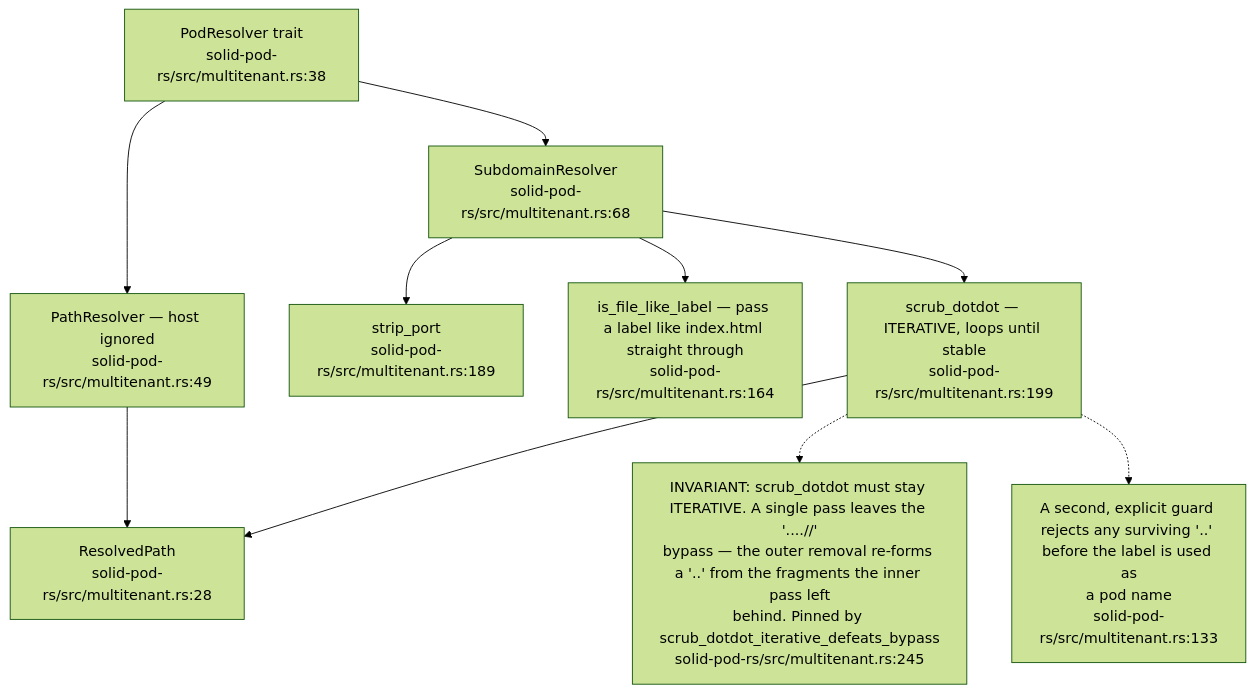
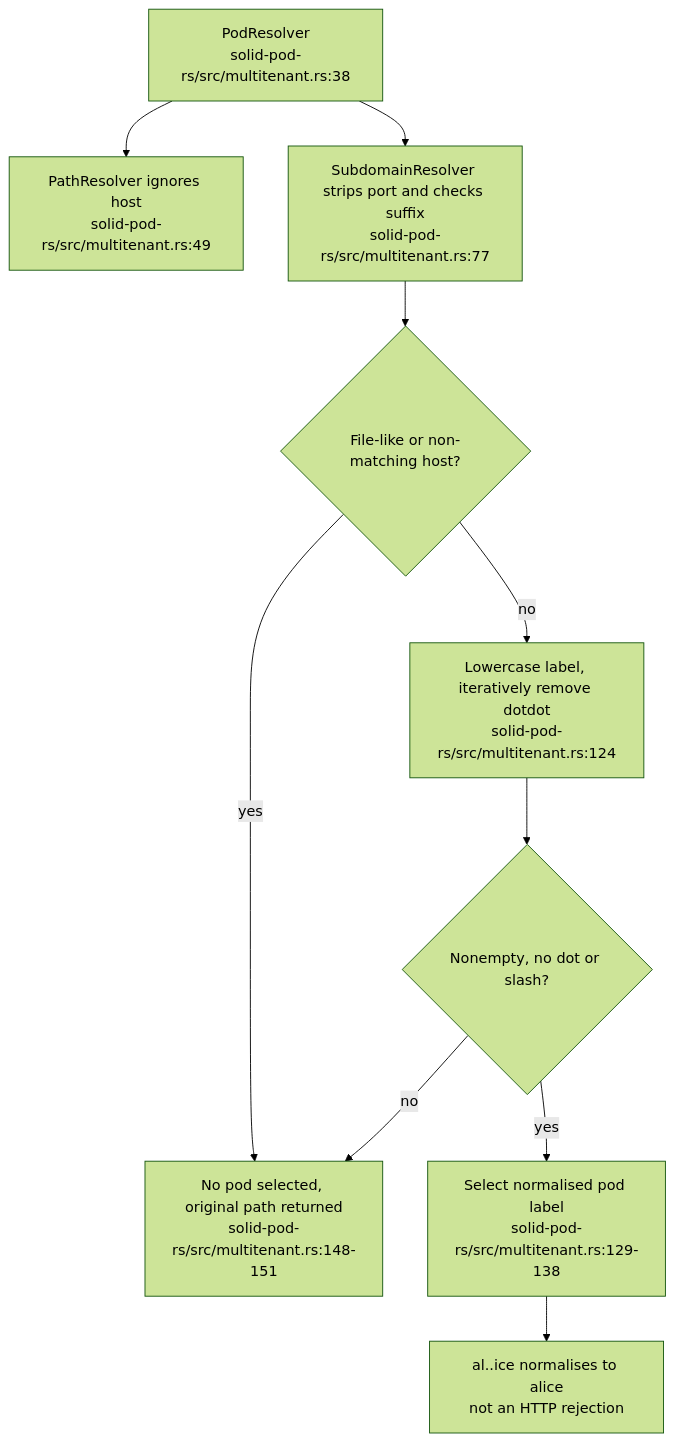
The sixth of 11 diagrams in docs/diagrams/solid-pod-rs/06-storage-quota-and-git-pods.md (DreamLab-AI/VisionFlow), drawn with Mermaid (forest theme) before and after one commit. The commit also changed other lines of this file and 29 other files, not shown here.

Commit message:
docs: audit Solid policy parsing and typed resolver adoption

````diff
--- a/docs/diagrams/solid-pod-rs/06-storage-quota-and-git-pods.md
+++ b/docs/diagrams/solid-pod-rs/06-storage-quota-and-git-pods.md
@@ -160,20 +160,12 @@
 ```mermaid
 flowchart TD
-    RES["PodResolver trait<br/>solid-pod-rs/src/multitenant.rs:38"]
-    PR["PathResolver — host ignored<br/>solid-pod-rs/src/multitenant.rs:49"]
-    SR["SubdomainResolver<br/>solid-pod-rs/src/multitenant.rs:68"]
-    SP["strip_port<br/>solid-pod-rs/src/multitenant.rs:189"]
-    FL["is_file_like_label — pass a label like index.html straight through<br/>solid-pod-rs/src/multitenant.rs:164"]
-    SD["scrub_dotdot — ITERATIVE, loops until stable<br/>solid-pod-rs/src/multitenant.rs:199"]
-    OUT["ResolvedPath<br/>solid-pod-rs/src/multitenant.rs:28"]
-
-    RES --> PR --> OUT
-    RES --> SR --> SP
-    SR --> FL
-    SR --> SD --> OUT
-
-    N["INVARIANT: scrub_dotdot must stay ITERATIVE. A single pass leaves the '....//'<br/>bypass — the outer removal re-forms a '..' from the fragments the inner pass left<br/>behind. Pinned by scrub_dotdot_iterative_defeats_bypass<br/>solid-pod-rs/src/multitenant.rs:245"]
-    SD -.-> N
-    N2["A second, explicit guard rejects any surviving '..' before the label is used as<br/>a pod name<br/>solid-pod-rs/src/multitenant.rs:133"]
-    SD -.-> N2
+    RES["PodResolver<br/>solid-pod-rs/src/multitenant.rs:38"] --> PR["PathResolver ignores host<br/>solid-pod-rs/src/multitenant.rs:49"]
+    RES --> SR["SubdomainResolver strips port and checks suffix<br/>solid-pod-rs/src/multitenant.rs:77"]
+    SR --> FILE{"File-like or non-matching host?"}
+    FILE -->|yes| ROOT["No pod selected, original path returned<br/>solid-pod-rs/src/multitenant.rs:148-151"]
+    FILE -->|no| SCRUB["Lowercase label, iteratively remove dotdot<br/>solid-pod-rs/src/multitenant.rs:124"]
+    SCRUB --> CHECK{"Nonempty, no dot or slash?"}
+    CHECK -->|yes| POD["Select normalised pod label<br/>solid-pod-rs/src/multitenant.rs:129-138"]
+    CHECK -->|no| ROOT
+    POD --> NOTE["al..ice normalises to alice<br/>not an HTTP rejection"]
 ```
````
